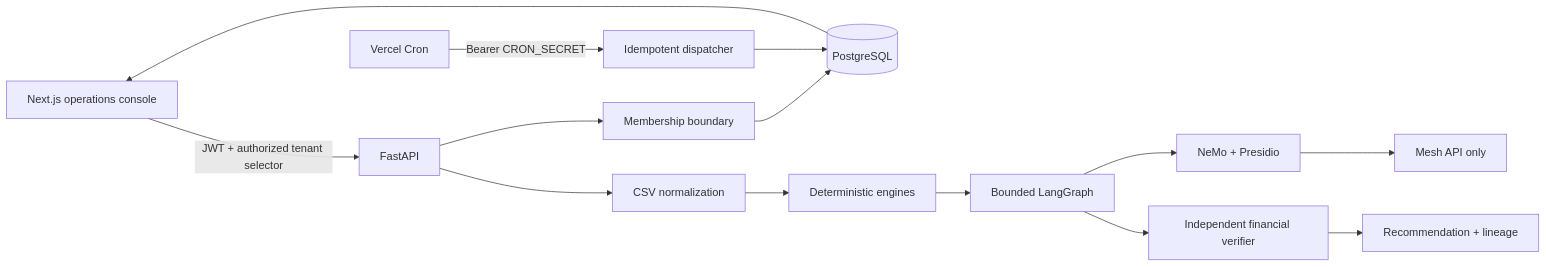
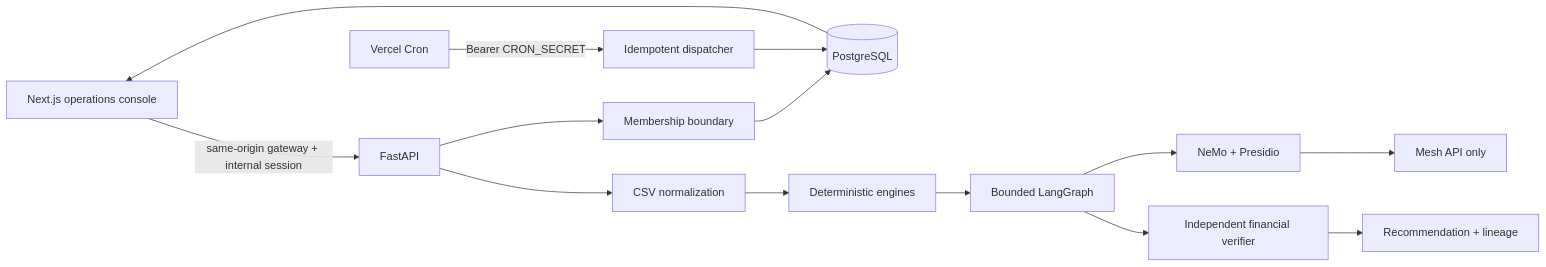
One commit to aiengineer-labs/finpilot-financial-intelligence-system changed the diagram in README.md. Above: the diagram before and after it, drawn with Mermaid. The commit also changed other lines of this file and 20 other files, not shown here.

````diff
--- a/README.md
+++ b/README.md
@@ -38,16 +38,16 @@
 ```mermaid
 flowchart LR
-  UI[Next.js operations console] -->|JWT + authorized tenant selector| API[FastAPI]
+  UI[Next.js operations console] -->|same-origin gateway + internal session| API[FastAPI]
   API --> AUTH[Membership boundary]
   AUTH --> DB[(PostgreSQL)]
   API --> INGEST[CSV normalization]
   INGEST --> ENGINE[Deterministic engines]
   ENGINE --> GRAPH[Bounded LangGraph]
   GRAPH --> RAILS[NeMo + Presidio]
   RAILS --> MESH[Mesh API only]
   GRAPH --> VERIFY[Independent financial verifier]
   VERIFY --> AUDIT[Recommendation + lineage]
   CRON[Vercel Cron] -->|Bearer CRON_SECRET| DISPATCH[Idempotent dispatcher]
   DISPATCH --> DB
   DB --> UI
 ```
````
